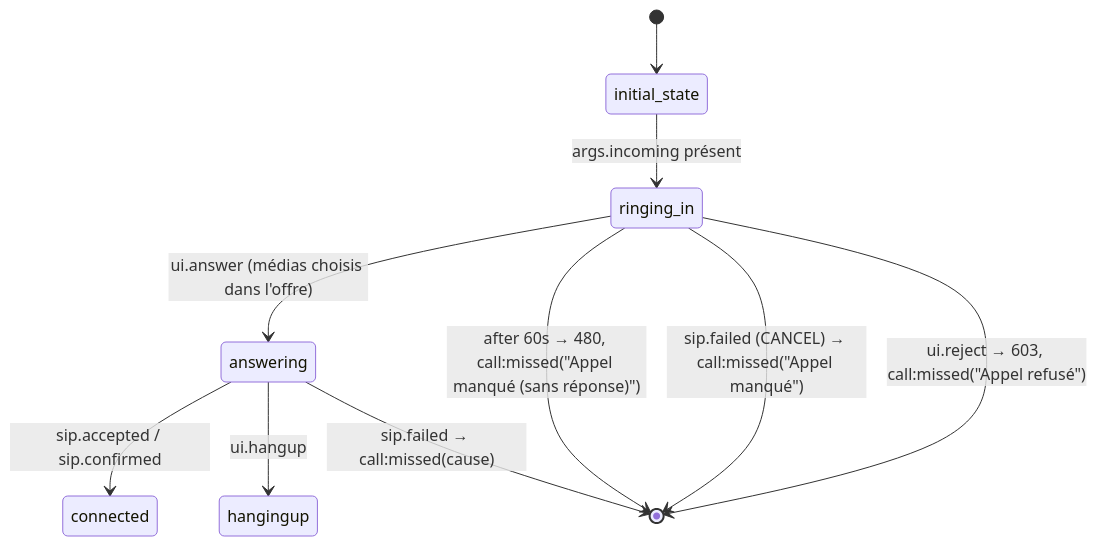
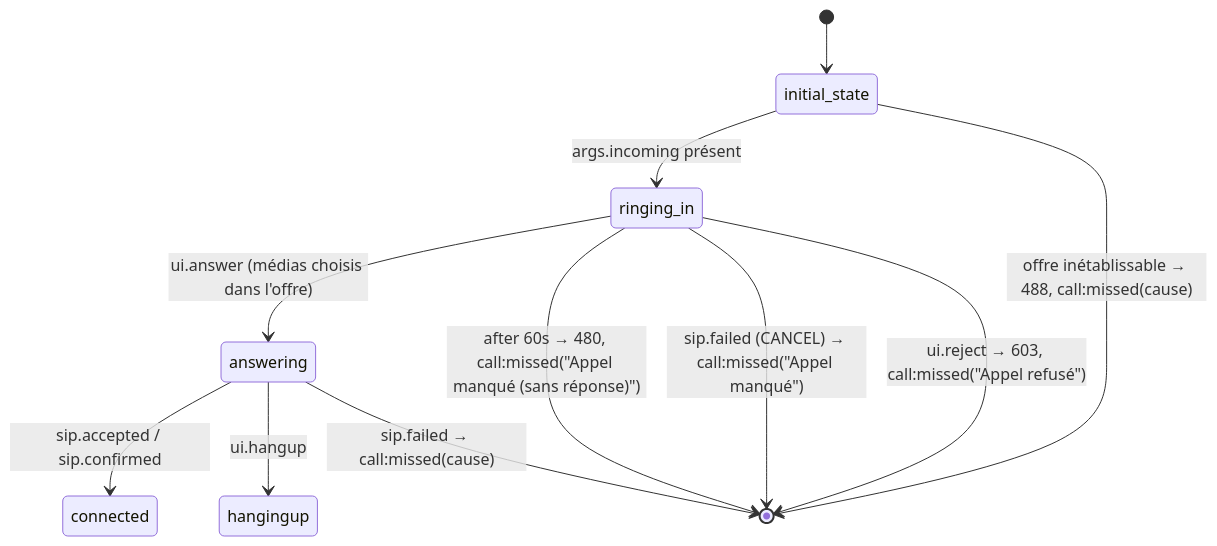
The third of 3 diagrams in docs/CONCEPTION.md (neutrino38/trix-web-client), drawn with Mermaid before and after one commit. The commit also changed other lines of this file and 16 other files, not shown here.

````diff
--- a/docs/CONCEPTION.md
+++ b/docs/CONCEPTION.md
@@ -212,12 +212,13 @@
 ```mermaid
 stateDiagram-v2
   [*] --> initial_state
   initial_state --> ringing_in : args.incoming présent
+  initial_state --> [*] : offre inétablissable → 488, call:missed(cause)
   ringing_in --> answering : ui.answer (médias choisis dans l'offre)
   ringing_in --> [*] : ui.reject → 603, call:missed("Appel refusé")
   ringing_in --> [*] : sip.failed (CANCEL) → call:missed("Appel manqué")
   ringing_in --> [*] : after 60s → 480, call:missed("Appel manqué (sans réponse)")
   answering --> connected : sip.accepted / sip.confirmed
   answering --> [*] : sip.failed → call:missed(cause)
   answering --> hangingup : ui.hangup
 ```
````
